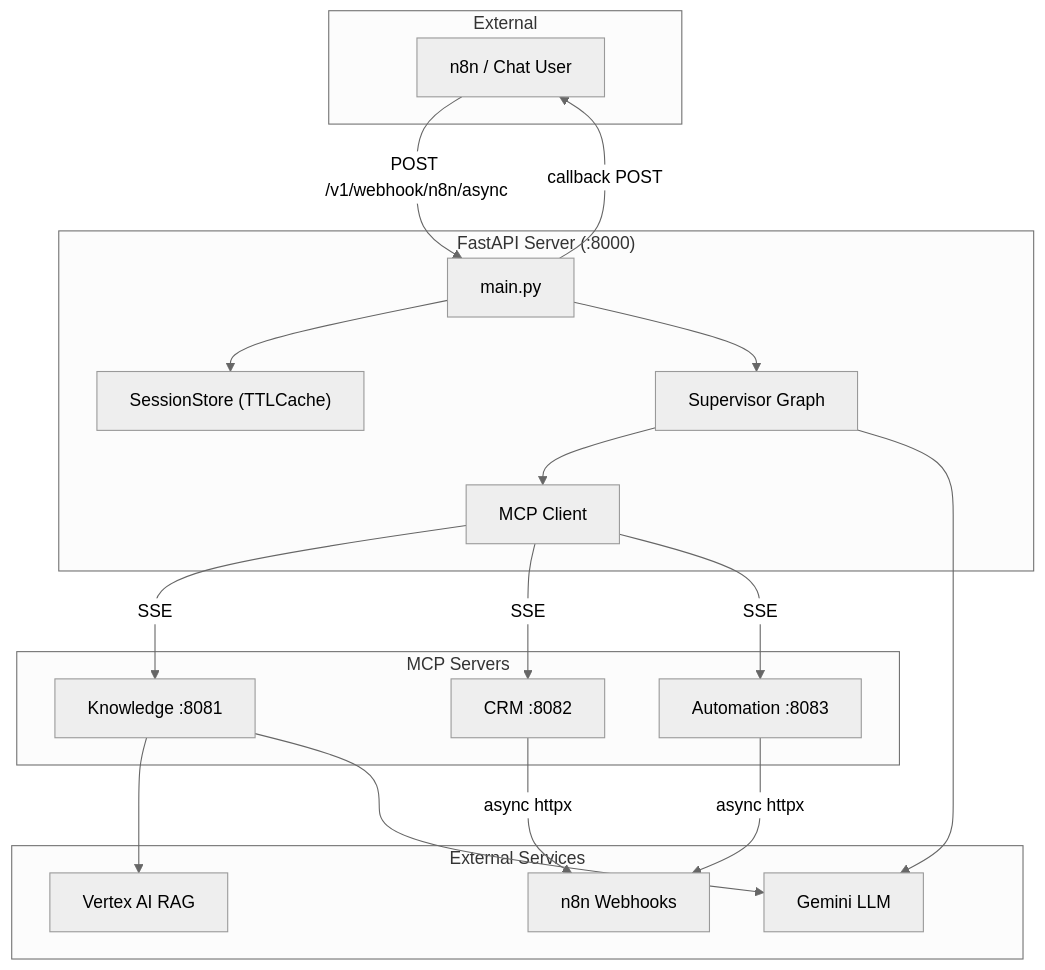
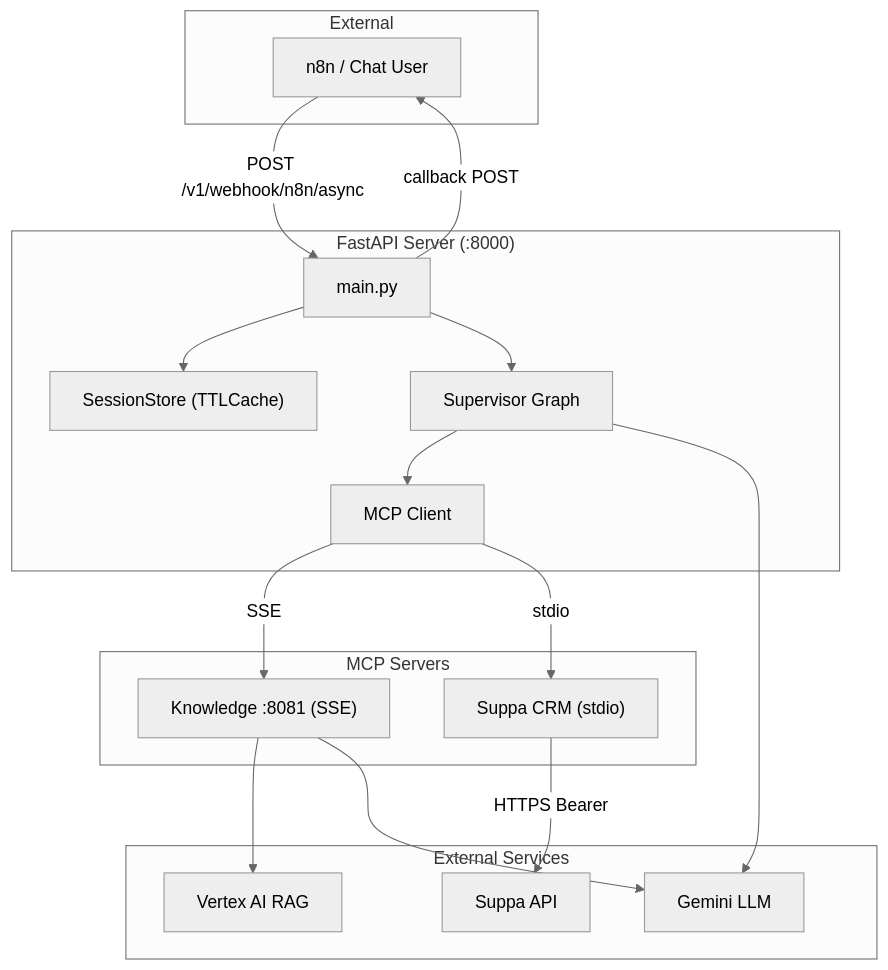
One commit to TaN1AnT/AI-Assistant changed the first of 2 diagrams in docs/system_documentation.md. Above: the diagram before and after it, drawn with Mermaid (neutral theme). The commit also changed other lines of this file and 1349 other files, not shown here.

````diff
--- a/docs/system_documentation.md
+++ b/docs/system_documentation.md
@@ -9,39 +9,36 @@
 ```mermaid
 graph TB
     subgraph External
         U["n8n / Chat User"]
     end
 
     subgraph "FastAPI Server (:8000)"
         API["main.py"]
         SS["SessionStore (TTLCache)"]
         GRAPH["Supervisor Graph"]
         MCP_C["MCP Client"]
     end
 
     subgraph "MCP Servers"
-        K["Knowledge :8081"]
-        C["CRM :8082"]
-        A["Automation :8083"]
+        K["Knowledge :8081 (SSE)"]
+        S["Suppa CRM (stdio)"]
     end
 
     subgraph "External Services"
         VAI["Vertex AI RAG"]
-        N8N["n8n Webhooks"]
+        SUPPA["Suppa API"]
         GEMINI["Gemini LLM"]
     end
 
     U -->|"POST /v1/webhook/n8n/async"| API
     API --> SS
     API --> GRAPH
     GRAPH --> MCP_C
     MCP_C -->|SSE| K
-    MCP_C -->|SSE| C
-    MCP_C -->|SSE| A
+    MCP_C -->|stdio| S
     K --> VAI
-    C -->|"async httpx"| N8N
-    A -->|"async httpx"| N8N
+    S -->|"HTTPS Bearer"| SUPPA
     GRAPH --> GEMINI
     K --> GEMINI
     API -->|"callback POST"| U
 ```
````
